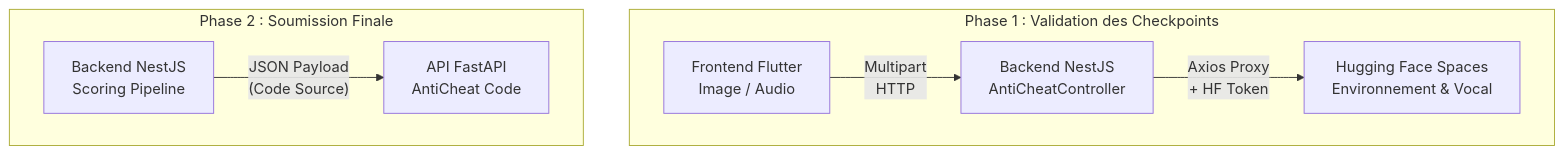
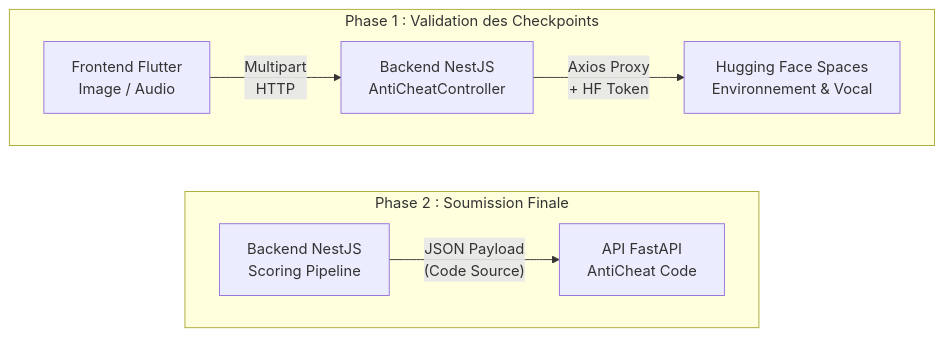
Before and after one commit to Souhaila4/arenaofcoders-backend: the third of 7 diagrams in README.md, drawn with Mermaid. The commit also changed other lines of this file, not shown here.

````diff
--- a/README.md
+++ b/README.md
@@ -252,13 +252,16 @@
 ```mermaid
 flowchart TB
-  subgraph Phase 1 : Validation des Checkpoints
+  subgraph Phase1 ["Phase 1 : Validation des Checkpoints"]
     direction LR
     F1[Frontend Flutter<br/>Image / Audio] -- "Multipart<br/>HTTP" --> B1[Backend NestJS<br/>AntiCheatController]
     B1 -- "Axios Proxy<br/>+ HF Token" --> HF1[Hugging Face Spaces<br/>Environnement & Vocal]
   end
 
-  subgraph Phase 2 : Soumission Finale
+  subgraph Phase2 ["Phase 2 : Soumission Finale"]
     direction LR
     B2[Backend NestJS<br/>Scoring Pipeline] -- "JSON Payload<br/>(Code Source)" --> HF2[API FastAPI<br/>AntiCheat Code]
   end
+
+  %% Invisible link to force vertical ordering (Phase 1 above Phase 2)
+  F1 ~~~ B2
 ```
````
